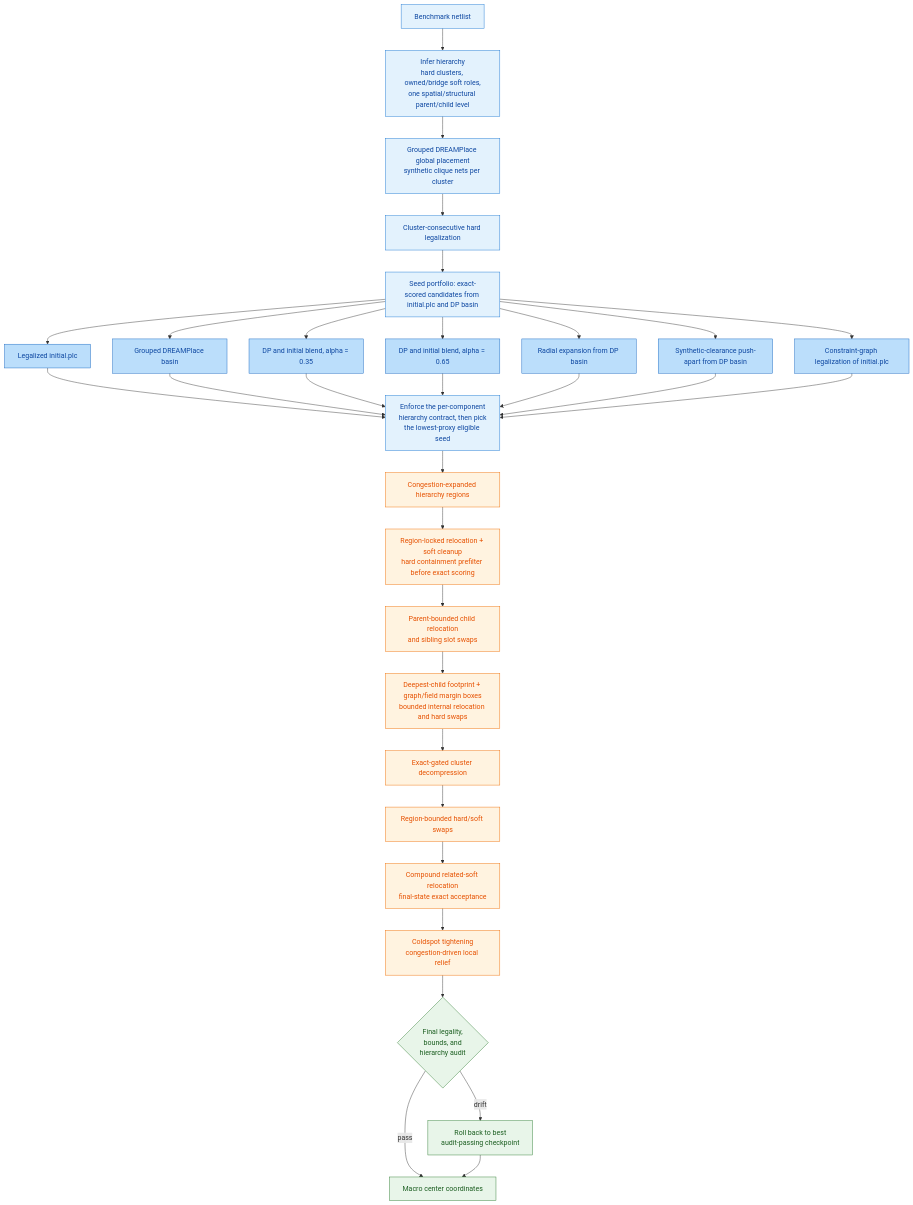
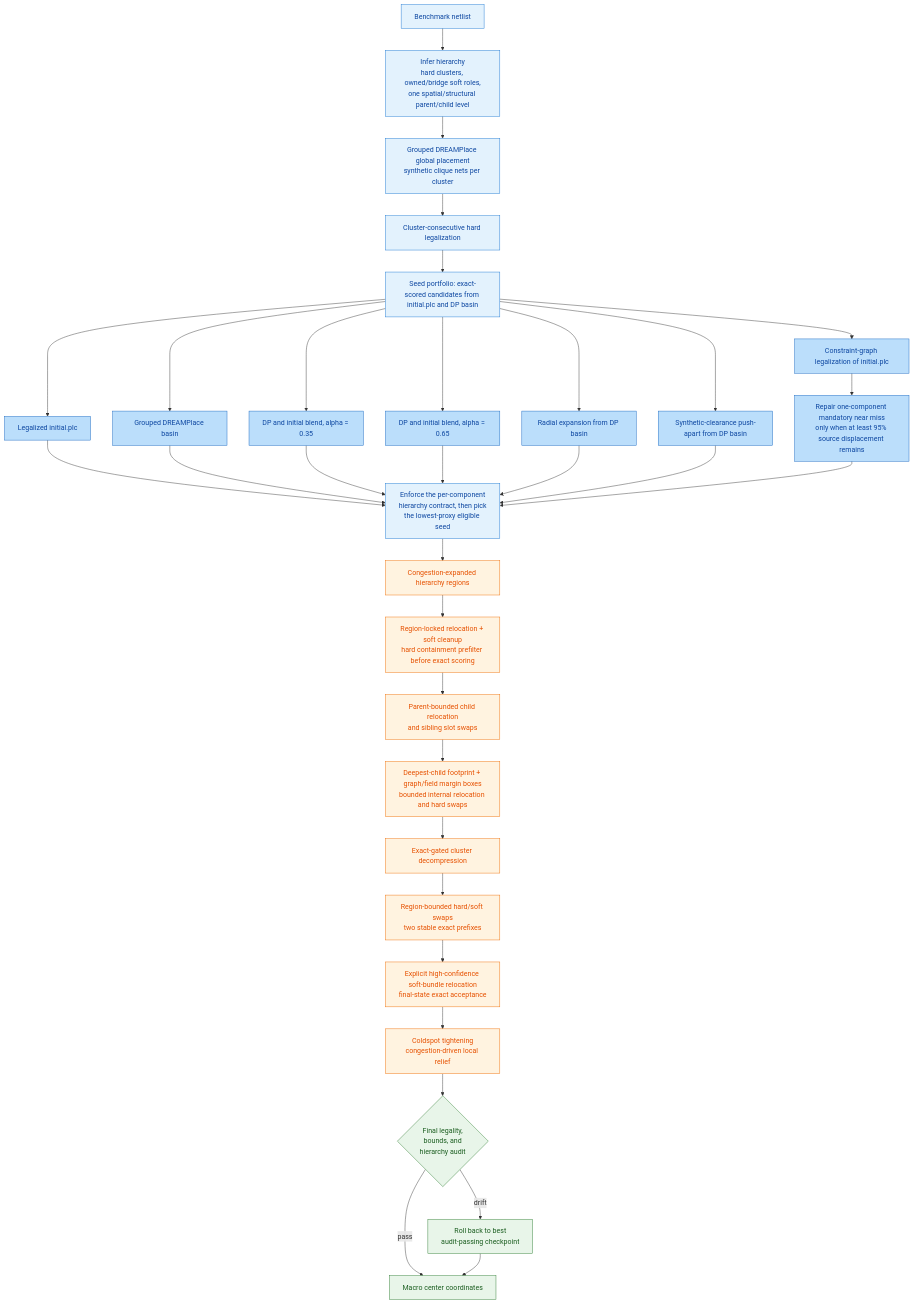
One commit to SameerSul/leetfm-macro-place-challenge-2026 changed the diagram in README.md. Above: the diagram before and after it, drawn with Mermaid. The commit also changed other lines of this file and 27 other files, not shown here.

````diff
--- a/README.md
+++ b/README.md
@@ -115,44 +136,45 @@
 ```mermaid
 flowchart TD
     A[Benchmark netlist] --> B[Infer hierarchy<br/>hard clusters, owned/bridge soft roles,<br/>one spatial/structural parent/child level]
     B --> C[Grouped DREAMPlace global placement<br/>synthetic clique nets per cluster]
     C --> D[Cluster-consecutive hard legalization]
 
     D --> P[Seed portfolio: exact-scored candidates from initial.plc and DP basin]
     P --> S0[Legalized initial.plc]
     P --> S1[Grouped DREAMPlace basin]
     P --> S2[DP and initial blend, alpha = 0.35]
     P --> S3[DP and initial blend, alpha = 0.65]
     P --> S4[Radial expansion from DP basin]
     P --> S5[Synthetic-clearance push-apart from DP basin]
     P --> S6[Constraint-graph legalization of initial.plc]
     S0 --> E[Enforce the per-component<br/>hierarchy contract, then pick<br/>the lowest-proxy eligible seed]
     S1 --> E
     S2 --> E
     S3 --> E
     S4 --> E
     S5 --> E
-    S6 --> E
+    S6 --> S7[Repair one-component mandatory near miss<br/>only when at least 95% source displacement remains]
+    S7 --> E
 
     E --> F[Congestion-expanded hierarchy regions]
     F --> G[Region-locked relocation + soft cleanup<br/>hard containment prefilter before exact scoring]
     G --> G2[Parent-bounded child relocation<br/>and sibling slot swaps]
     G2 --> G3[Deepest-child footprint + graph/field margin boxes<br/>bounded internal relocation and hard swaps]
     G3 --> H[Exact-gated cluster decompression]
-    H --> I[Region-bounded hard/soft swaps]
-    I --> I2[Compound related-soft relocation<br/>final-state exact acceptance]
+    H --> I[Region-bounded hard/soft swaps<br/>two stable exact prefixes]
+    I --> I2[Explicit high-confidence soft-bundle relocation<br/>final-state exact acceptance]
     I2 --> J[Coldspot tightening<br/>congestion-driven local relief]
     J --> L{Final legality,<br/>bounds, and<br/>hierarchy audit}
     L -->|pass| M[Macro center coordinates]
     L -->|drift| N[Roll back to best<br/>audit-passing checkpoint]
     N --> M
 
     classDef seed fill:#e3f2fd,stroke:#1976d2,color:#0d47a1
     classDef cand fill:#bbdefb,stroke:#1565c0,color:#0d47a1
     classDef search fill:#fff3e0,stroke:#ef6c00,color:#e65100
     classDef audit fill:#e8f5e9,stroke:#2e7d32,color:#1b5e20
     class A,B,C,D,P,E seed
-    class S0,S1,S2,S3,S4,S5,S6 cand
+    class S0,S1,S2,S3,S4,S5,S6,S7 cand
     class F,G,G2,G3,H,I,I2,J search
     class L,M,N audit
 ```
````
